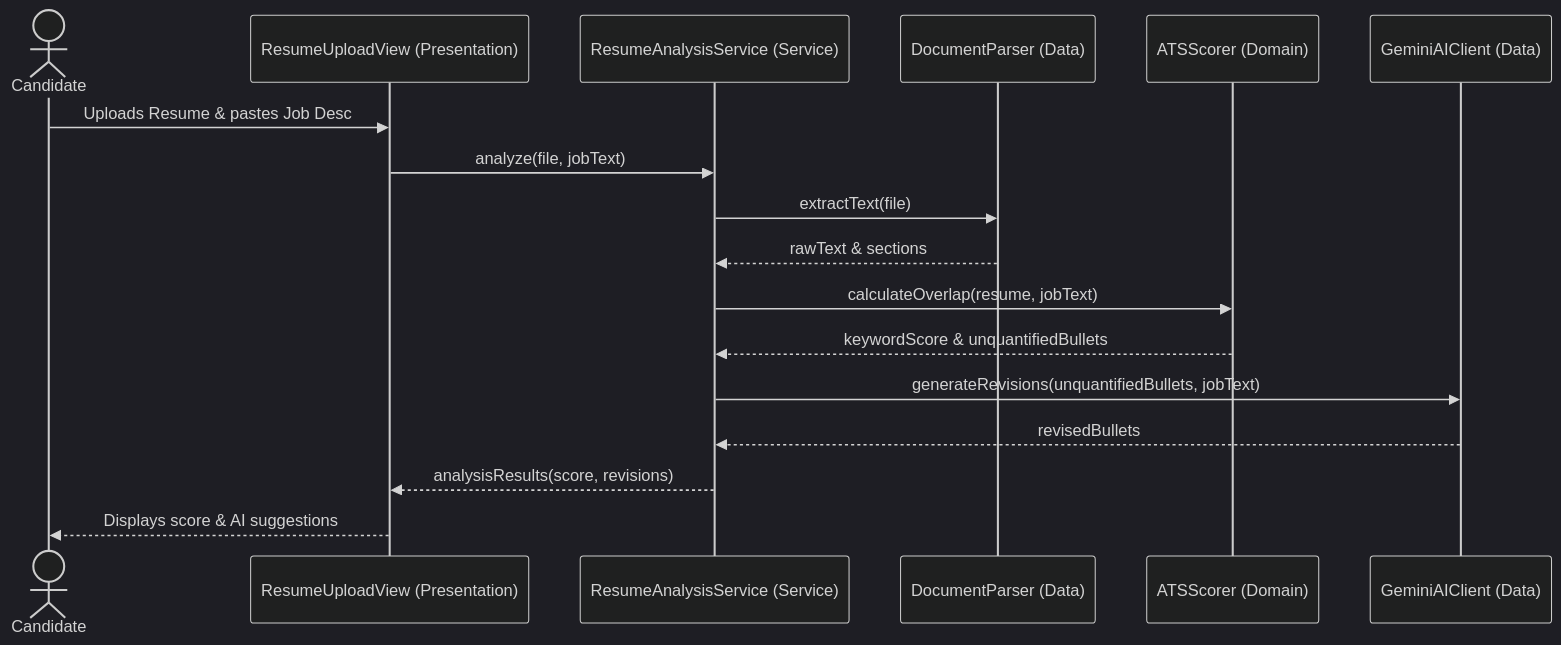
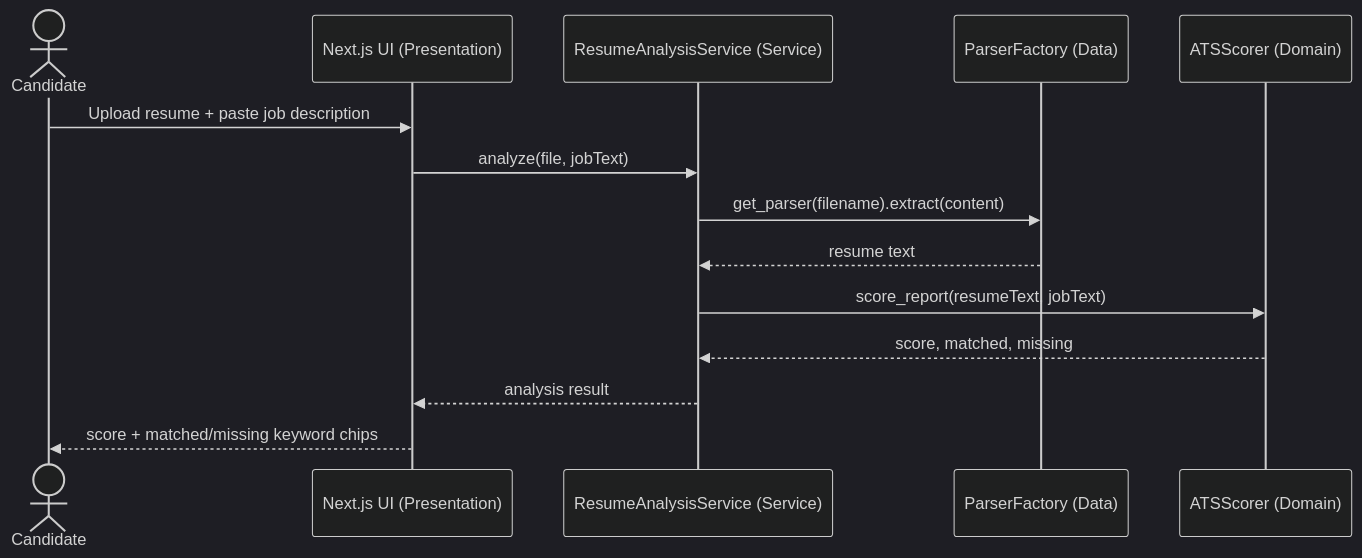
The fourth of 4 diagrams in README.md (kummarimonisha/cen5064-project-kummari), drawn with Mermaid (dark theme) before and after one commit. The commit also changed other lines of this file and 2 other files, not shown here.

````diff
--- a/README.md
+++ b/README.md
@@ -123,26 +177,17 @@
 ```mermaid
-%% Sequence diagram: ONE core use case, end to end.
 sequenceDiagram
     actor U as Candidate
-    participant UI as ResumeUploadView (Presentation)
+    participant UI as Next.js UI (Presentation)
     participant S as ResumeAnalysisService (Service)
-    participant P as DocumentParser (Data)
+    participant P as ParserFactory (Data)
     participant Dom as ATSScorer (Domain)
-    participant AI as GeminiAIClient (Data)
 
-    U->>UI: Uploads Resume & pastes Job Desc
+    U->>UI: Upload resume + paste job description
     UI->>S: analyze(file, jobText)
-    
-    %% Downward dependency flow
-    S->>P: extractText(file)
-    P-->>S: rawText & sections
-    
-    S->>Dom: calculateOverlap(resume, jobText)
-    Dom-->>S: keywordScore & unquantifiedBullets
-    
-    S->>AI: generateRevisions(unquantifiedBullets, jobText)
-    AI-->>S: revisedBullets
-    
-    S-->>UI: analysisResults(score, revisions)
-    UI-->>U: Displays score & AI suggestions
+    S->>P: get_parser(filename).extract(content)
+    P-->>S: resume text
+    S->>Dom: score_report(resumeText, jobText)
+    Dom-->>S: score, matched, missing
+    S-->>UI: analysis result
+    UI-->>U: score + matched/missing keyword chips
 ```
````
